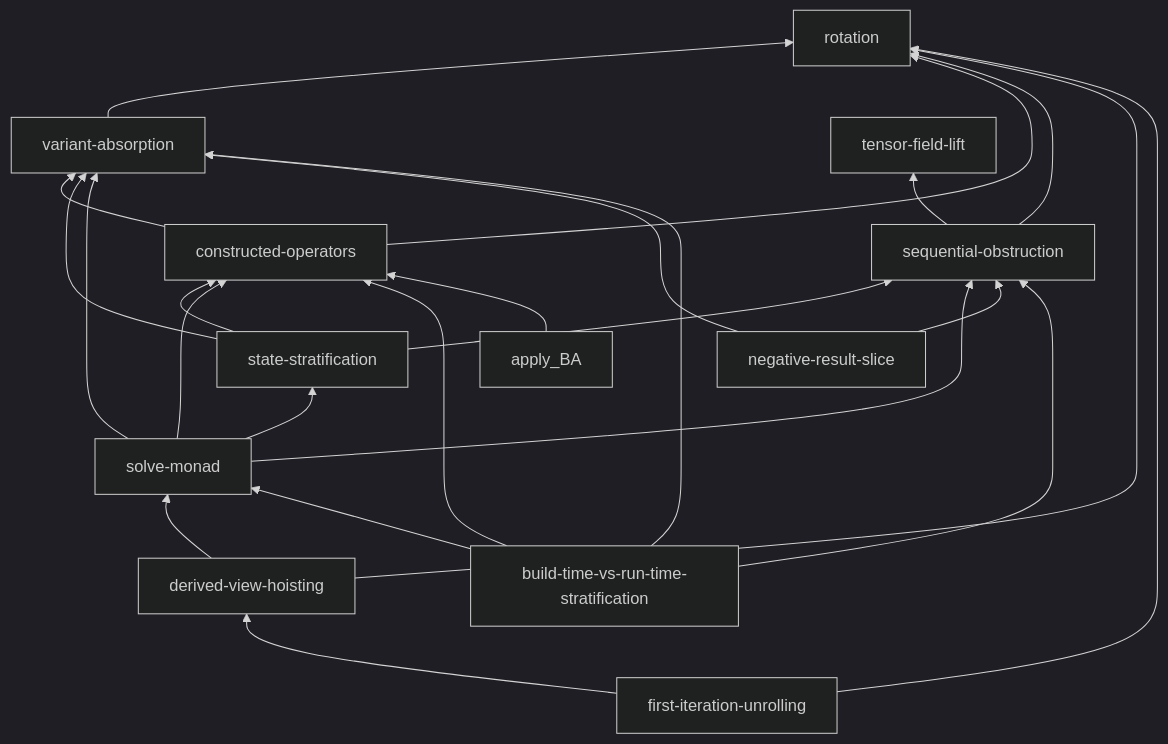
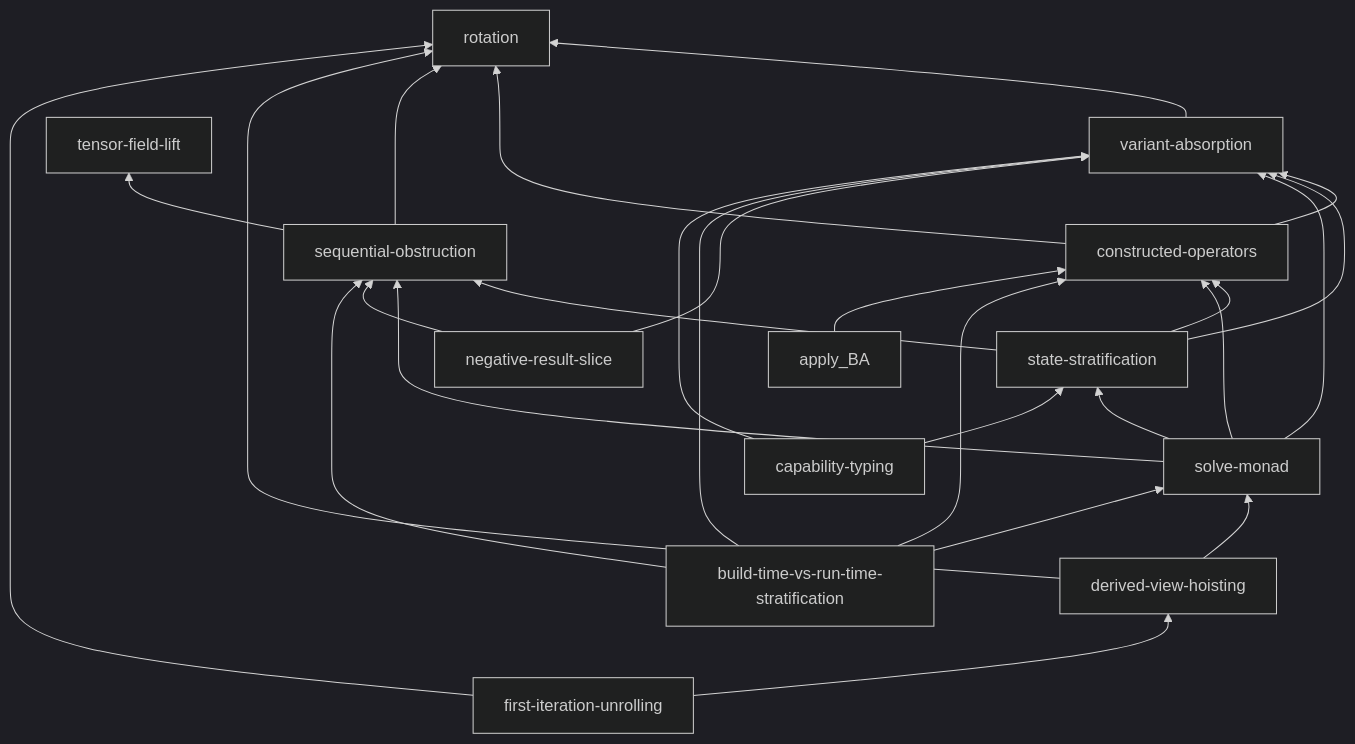
One commit to crutcher/palace_whiteroom changed the first of 6 diagrams in book/src/concepts/dependency-map.md. Above: the diagram before and after it, drawn with Mermaid (dark theme). The commit also changed other lines of this file and 9 other files, not shown here.

````diff
--- a/book/src/concepts/dependency-map.md
+++ b/book/src/concepts/dependency-map.md
@@ -24,26 +24,28 @@
 ```mermaid
 graph BT
   variant-absorption --> rotation
   constructed-operators --> rotation
   constructed-operators --> variant-absorption
   sequential-obstruction --> rotation
   sequential-obstruction --> tensor-field-lift
   state-stratification --> variant-absorption
   state-stratification --> constructed-operators
   state-stratification --> sequential-obstruction
   solve-monad --> state-stratification
   solve-monad --> sequential-obstruction
   solve-monad --> constructed-operators
   solve-monad --> variant-absorption
   derived-view-hoisting --> rotation
   derived-view-hoisting --> solve-monad
   negative-result-slice --> sequential-obstruction
   negative-result-slice --> variant-absorption
   build-time-vs-run-time-stratification --> constructed-operators
   build-time-vs-run-time-stratification --> variant-absorption
   build-time-vs-run-time-stratification --> solve-monad
   build-time-vs-run-time-stratification --> sequential-obstruction
   first-iteration-unrolling --> rotation
   first-iteration-unrolling --> derived-view-hoisting
   apply_BA --> constructed-operators
+  capability-typing --> state-stratification
+  capability-typing --> variant-absorption
 ```
````
